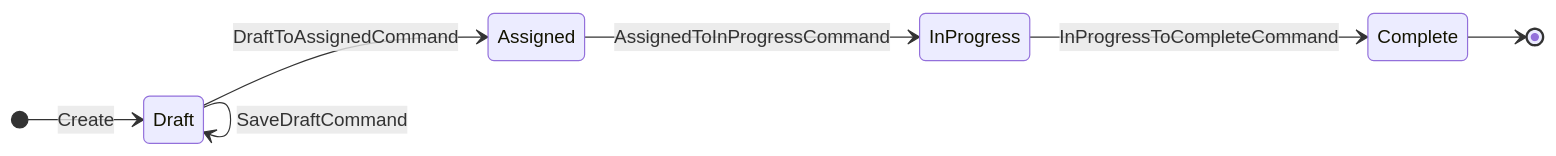
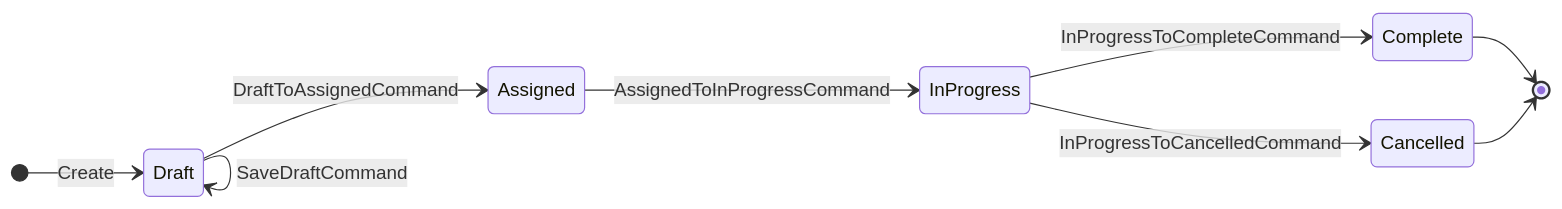
Before and after one commit to clearmeasure-aisf-sample-apps/cmdemo1-workorders: the diagram in arch/arch-state-workorder.md, drawn with Mermaid. The commit also changed 7 other files, not shown here.

First line of the commit message:
Add InProgress to Cancelled state command #278

````diff
--- a/arch/arch-state-workorder.md
+++ b/arch/arch-state-workorder.md
@@ -3,15 +3,17 @@
 ```mermaid
 stateDiagram-v2
     direction LR
 
     [*] --> Draft : Create
 
     Draft --> Draft : SaveDraftCommand
     Draft --> Assigned : DraftToAssignedCommand
 
     Assigned --> InProgress : AssignedToInProgressCommand
 
     InProgress --> Complete : InProgressToCompleteCommand
+    InProgress --> Cancelled : InProgressToCancelledCommand
 
     Complete --> [*]
+    Cancelled --> [*]
 ```
````
